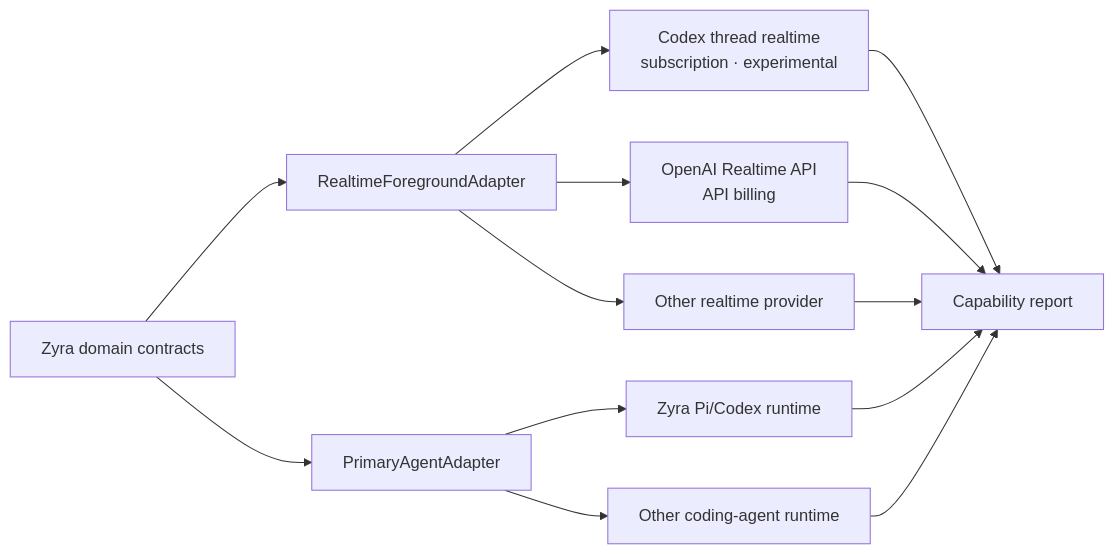
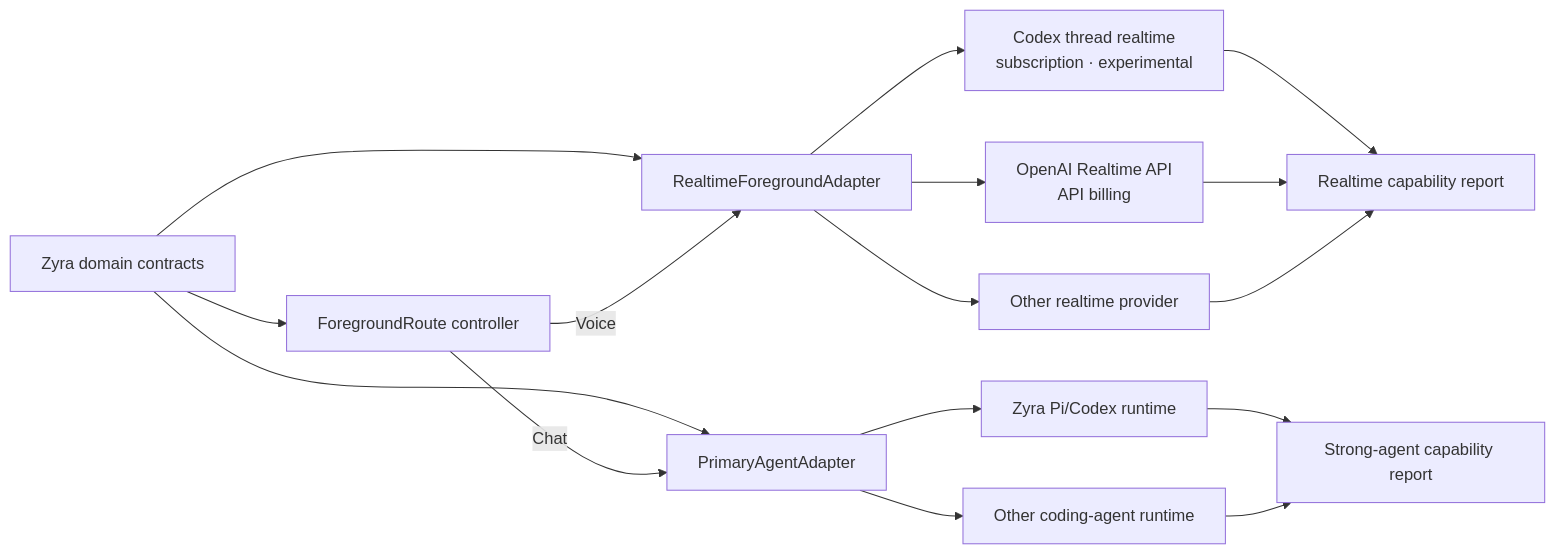
One commit to elsondev2/zyra changed the first of 3 diagrams in docs/architecture/voice-agent/provider-adapters.md. Above: the diagram before and after it, drawn with Mermaid. The commit also changed other lines of this file and 42 other files, not shown here.

Commit message:
docs: define canonical chat and explicit voice routing

````diff
--- a/docs/architecture/voice-agent/provider-adapters.md
+++ b/docs/architecture/voice-agent/provider-adapters.md
@@ -11,18 +11,22 @@
 ```mermaid
 flowchart LR
-    CORE[Zyra domain contracts] --> RF[RealtimeForegroundAdapter]
+    CORE[Zyra domain contracts] --> FR[ForegroundRoute controller]
+    CORE --> RF[RealtimeForegroundAdapter]
     CORE --> PA[PrimaryAgentAdapter]
+
+    FR -->|Voice| RF
+    FR -->|Chat| PA
 
     RF --> CRTX[Codex thread realtime\nsubscription · experimental]
     RF --> OAPI[OpenAI Realtime API\nAPI billing]
     RF --> OTHER[Other realtime provider]
 
     PA --> ZP[Zyra Pi/Codex runtime]
     PA --> SDK[Other coding-agent runtime]
 
-    CRTX --> CAP[Capability report]
-    OAPI --> CAP
-    OTHER --> CAP
-    ZP --> CAP
-    SDK --> CAP
+    CRTX --> RCAP[Realtime capability report]
+    OAPI --> RCAP
+    OTHER --> RCAP
+    ZP --> SCAP[Strong-agent capability report]
+    SDK --> SCAP
 ```
````
